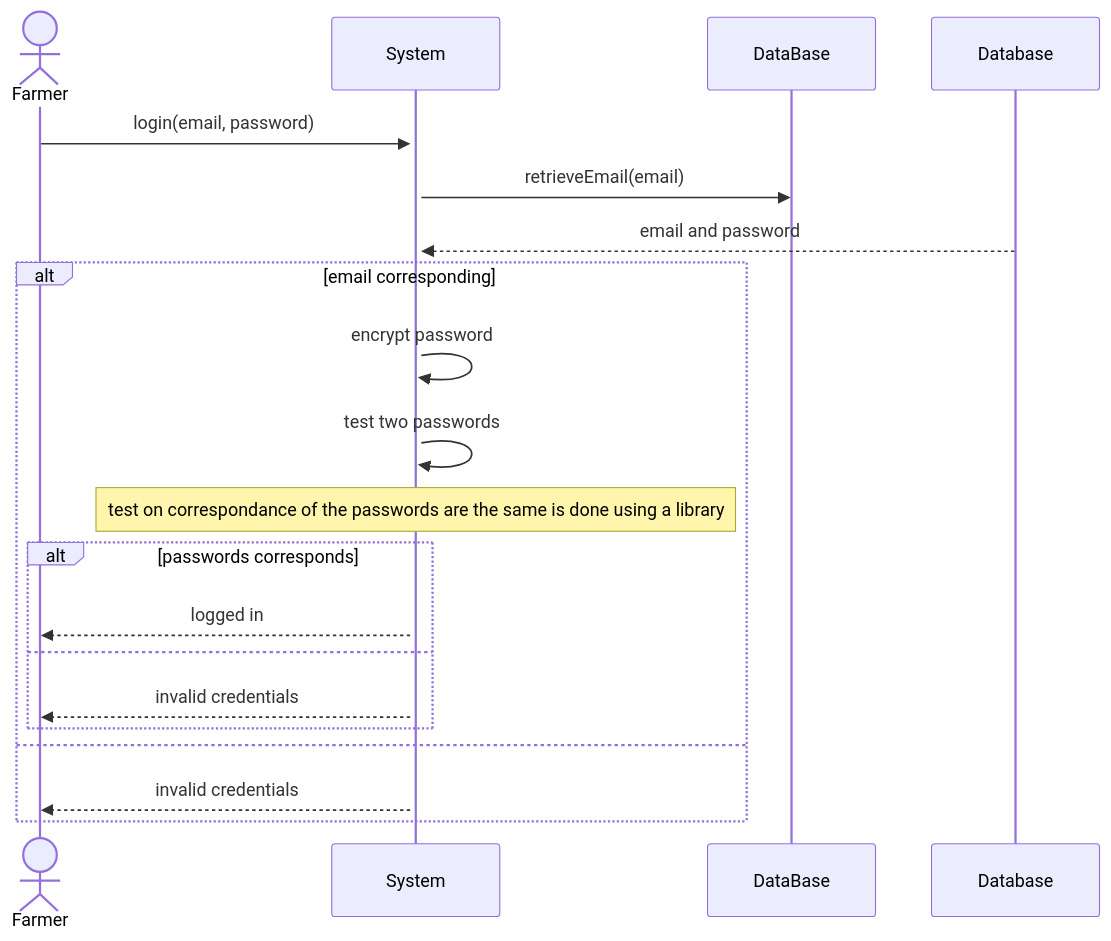
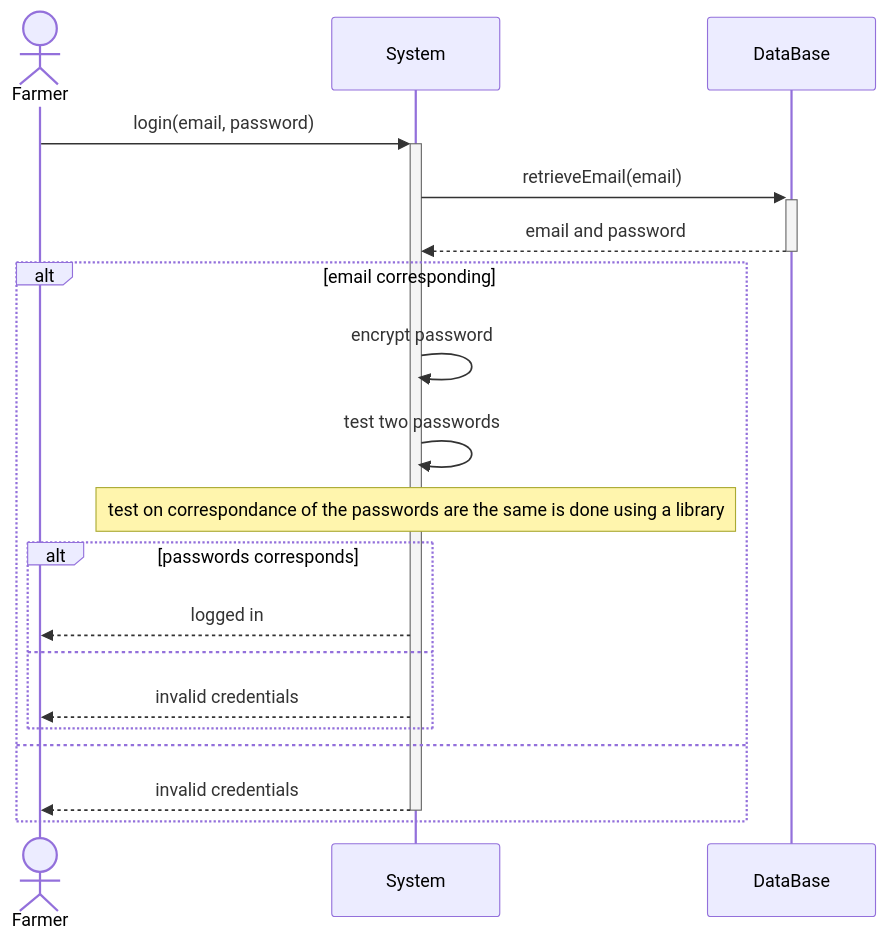
Before and after one commit to thekalipo/DeParcevauxPouliquen: the second of 5 diagrams in DeliveryFolder/UML.md, drawn with Mermaid. The commit also changed other lines of this file and 6 other files, not shown here.

````diff
--- a/DeliveryFolder/UML.md
+++ b/DeliveryFolder/UML.md
@@ -27,21 +27,21 @@
 ```mermaid
 sequenceDiagram
     actor Farmer
     participant System
     participant DataBase
     Farmer->>+System: login(email, password)
-    System->>DataBase: retrieveEmail(email)
-    Database-->>System: email and password
+    System->>+DataBase: retrieveEmail(email)
+    DataBase-->>-System: email and password
     alt email corresponding
         System->>System: encrypt password
         System->>System: test two passwords
         Note over System,System: test on correspondance of the passwords are the same is done using a library
         alt passwords corresponds
             System-->>Farmer: logged in
         else
             System-->>Farmer: invalid credentials
         end
     else
-        System-->>Farmer: invalid credentials
+        System-->>-Farmer: invalid credentials
     end
 ```
````
